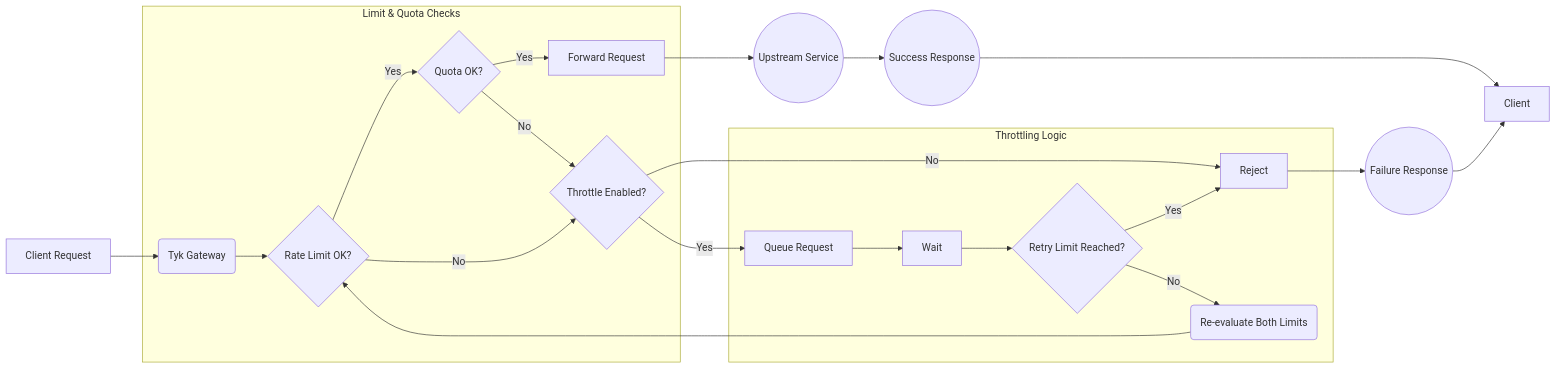
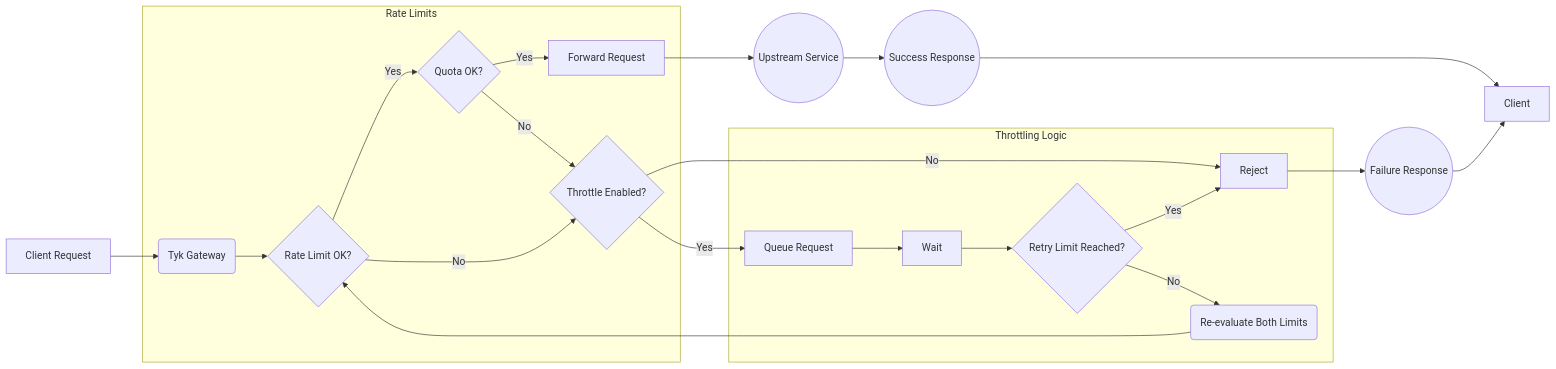
One commit to TykTechnologies/tyk-docs-hugo changed the diagram in tyk-docs/content/api-management/request-throttling.md. Above: the diagram before and after it, drawn with Mermaid. The commit also changed other lines of this file, not shown here.

````diff
--- a/tyk-docs/content/api-management/request-throttling.md
+++ b/tyk-docs/content/api-management/request-throttling.md
@@ -382,29 +382,29 @@
 ```mermaid
 flowchart LR
     A[Client Request] --> GW(Tyk Gateway);
 
-    subgraph Limit & Quota Checks
+    subgraph Rate Limits
         GW --> RL{Rate Limit OK?};
         RL -- Yes --> Q{Quota OK?};
         RL -- No --> T{Throttle Enabled?};
         Q -- Yes --> Fwd[Forward Request];
         Q -- No --> T;
     end
 
     subgraph Throttling Logic
         T -- No --> Reject[Reject];
         T -- Yes --> Queue[Queue Request];
         Queue --> Wait[Wait];
         Wait --> RetryL{Retry Limit Reached?};
         RetryL -- Yes --> Reject;
         RetryL -- No --> Recheck(Re-evaluate Both Limits);
         %% Loop back to the start of the checks for a full re-evaluation %%
         Recheck --> RL;
     end
 
     Fwd --> Backend((Upstream Service));
     Backend --> Success((Success Response));
     Success --> Client;
     Reject --> Failure((Failure Response));
     Failure --> Client;
 ```
````
